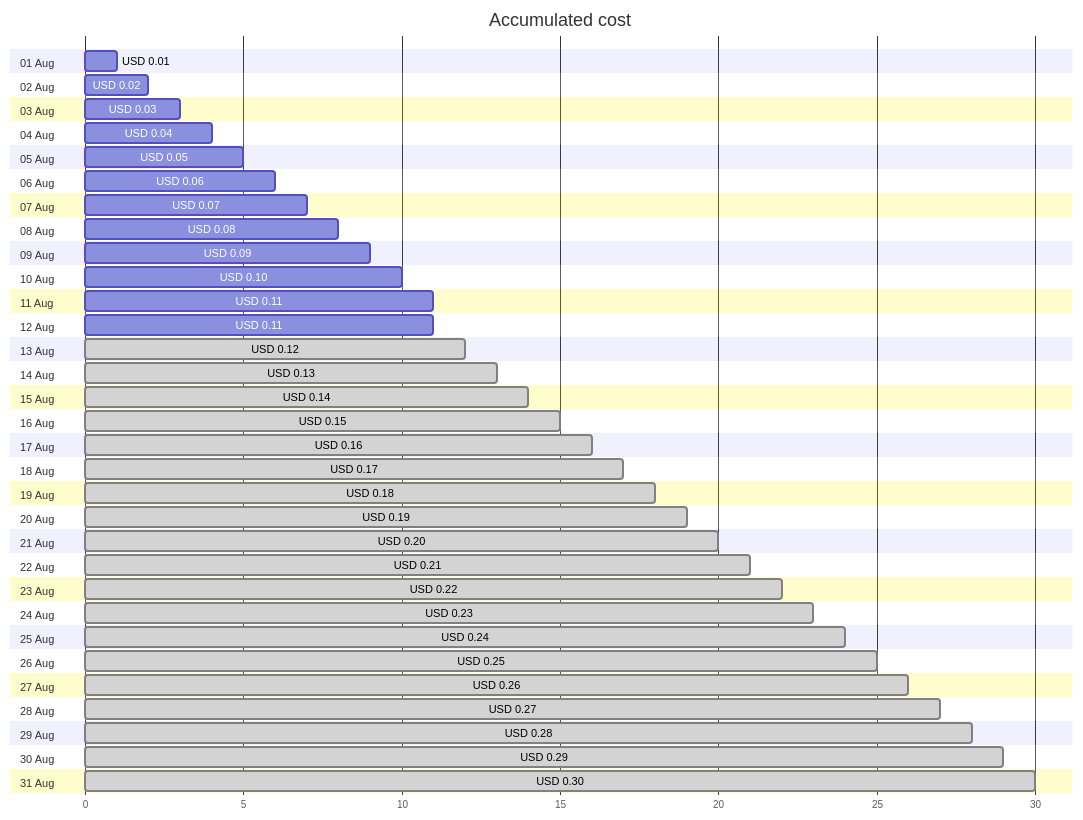
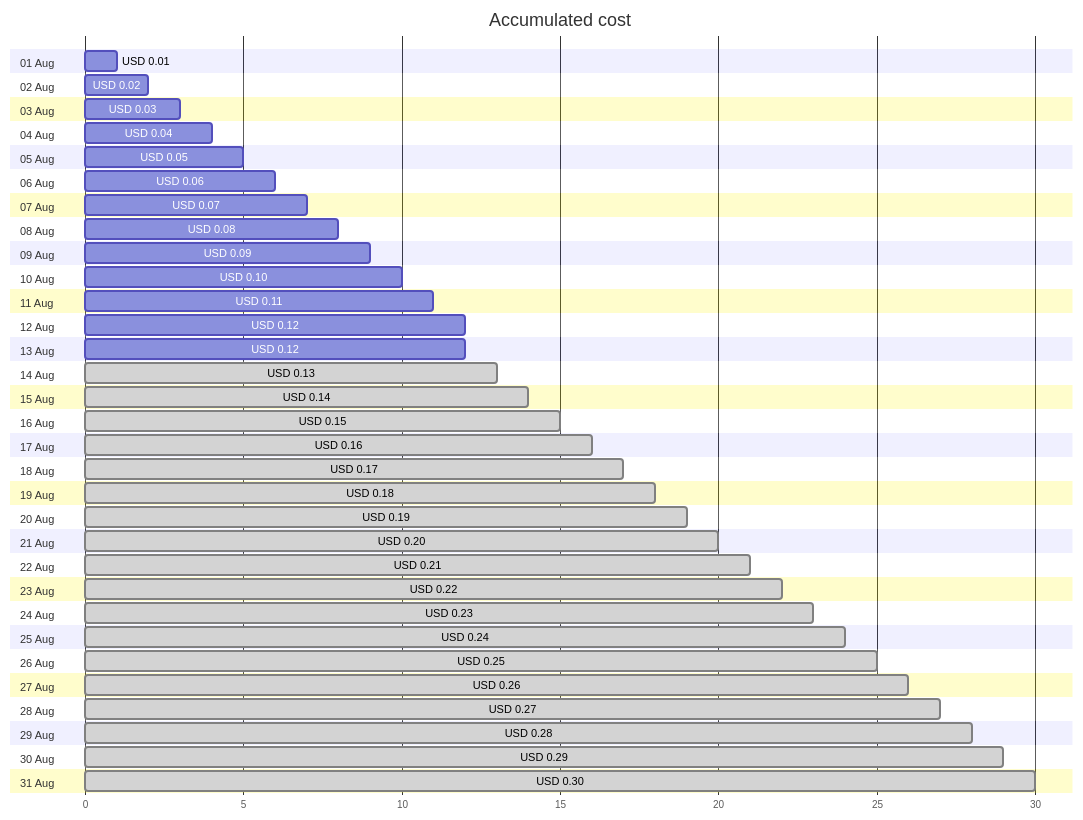
One commit to jpfulton/azure-personal-reports changed the first of 4 diagrams in cost-reports/cloud-shell-storage-eastus/README.md. Above: the diagram before and after it, drawn with Mermaid. The commit also changed other lines of this file and 1 other file, not shown here.

````diff
--- a/cost-reports/cloud-shell-storage-eastus/README.md
+++ b/cost-reports/cloud-shell-storage-eastus/README.md
@@ -20,68 +20,68 @@
 ```mermaid
 gantt
    title Accumulated cost
    dateFormat  X
    axisFormat %s
    section 01 Aug
    USD 0.01 :0, 1
    section 02 Aug
    USD 0.02 :0, 2
    section 03 Aug
    USD 0.03 :0, 3
    section 04 Aug
    USD 0.04 :0, 4
    section 05 Aug
    USD 0.05 :0, 5
    section 06 Aug
    USD 0.06 :0, 6
    section 07 Aug
    USD 0.07 :0, 7
    section 08 Aug
    USD 0.08 :0, 8
    section 09 Aug
    USD 0.09 :0, 9
    section 10 Aug
    USD 0.10 :0, 10
    section 11 Aug
    USD 0.11 :0, 11
    section 12 Aug
-   USD 0.11 :0, 11
+   USD 0.12 :0, 12
    section 13 Aug
-   USD 0.12 : done, 0, 12
+   USD 0.12 :0, 12
    section 14 Aug
    USD 0.13 : done, 0, 13
    section 15 Aug
    USD 0.14 : done, 0, 14
    section 16 Aug
    USD 0.15 : done, 0, 15
    section 17 Aug
    USD 0.16 : done, 0, 16
    section 18 Aug
    USD 0.17 : done, 0, 17
    section 19 Aug
    USD 0.18 : done, 0, 18
    section 20 Aug
    USD 0.19 : done, 0, 19
    section 21 Aug
    USD 0.20 : done, 0, 20
    section 22 Aug
    USD 0.21 : done, 0, 21
    section 23 Aug
    USD 0.22 : done, 0, 22
    section 24 Aug
    USD 0.23 : done, 0, 23
    section 25 Aug
    USD 0.24 : done, 0, 24
    section 26 Aug
    USD 0.25 : done, 0, 25
    section 27 Aug
    USD 0.26 : done, 0, 26
    section 28 Aug
    USD 0.27 : done, 0, 27
    section 29 Aug
    USD 0.28 : done, 0, 28
    section 30 Aug
    USD 0.29 : done, 0, 29
    section 31 Aug
    USD 0.30 : done, 0, 30
 ```
````
